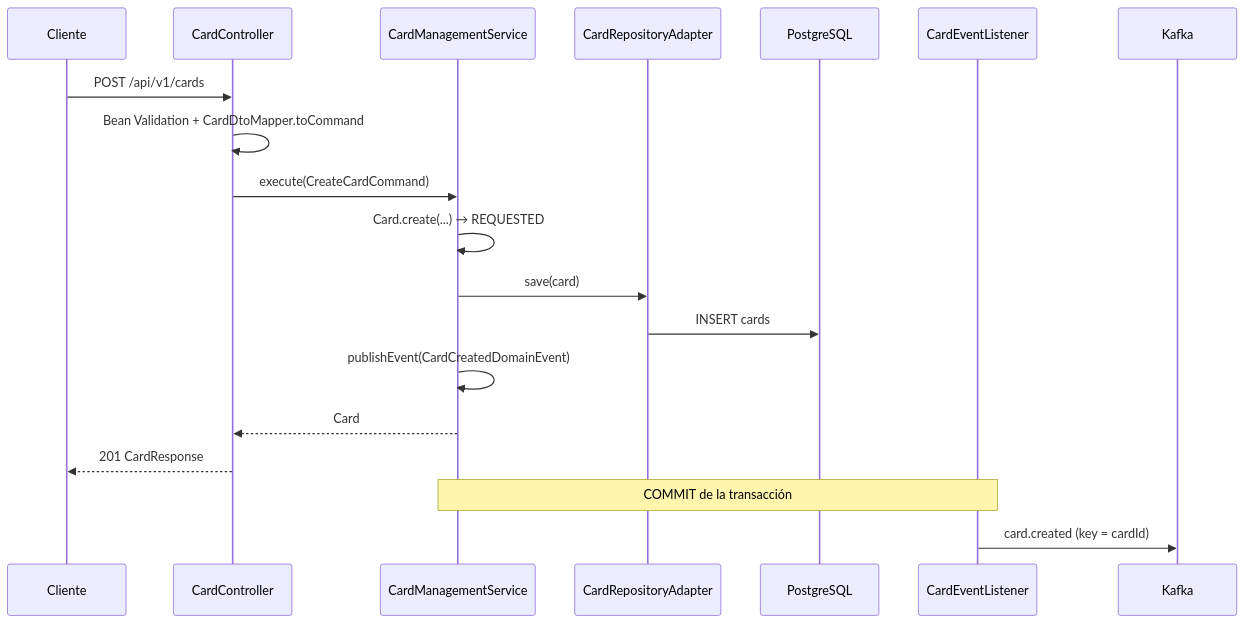
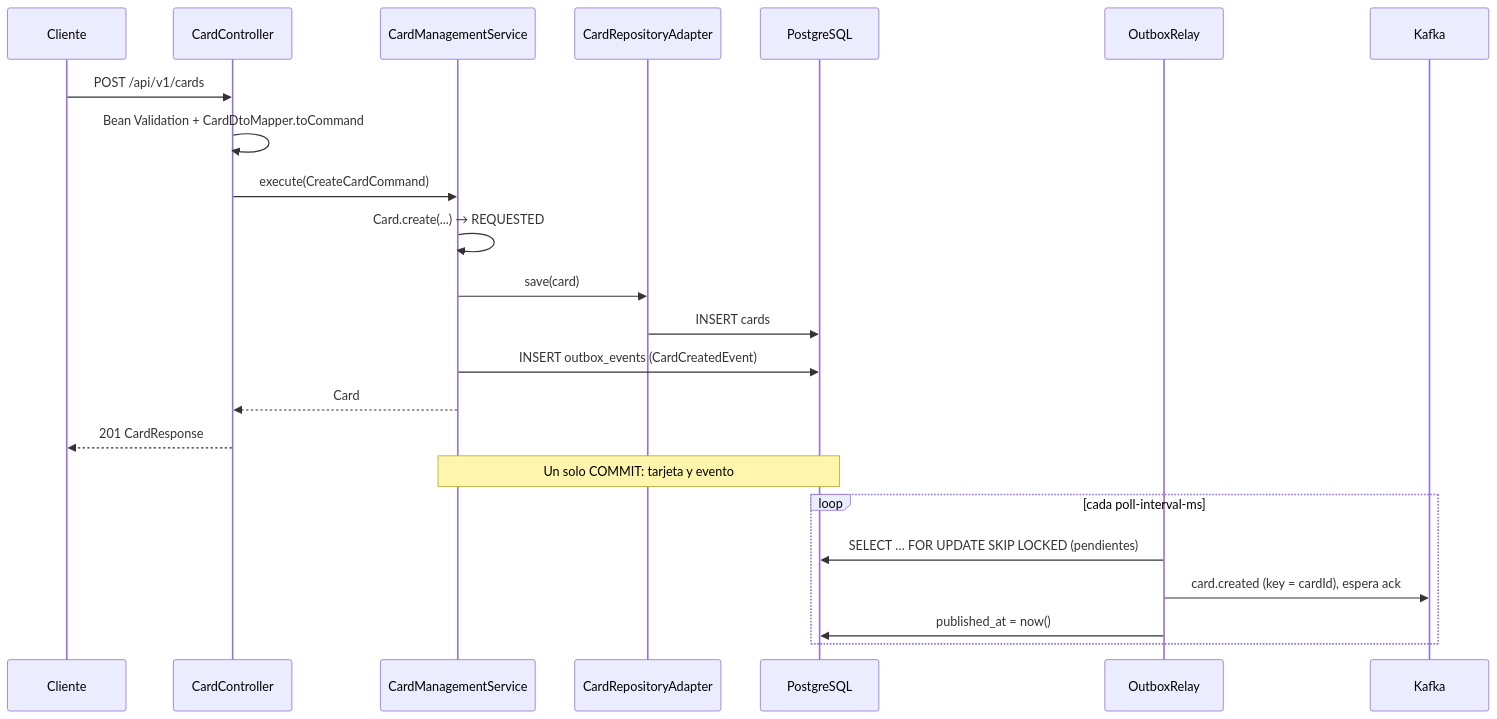
Before and after one commit to creditcard-managment/card-managment-service: the third of 3 diagrams in docs/technical/DATA.md, drawn with Mermaid. The commit also changed other lines of this file and 13 other files, not shown here.

Commit message:
fix card-data outbox

````diff
--- a/docs/technical/DATA.md
+++ b/docs/technical/DATA.md
@@ -321,22 +330,26 @@
 ```mermaid
 sequenceDiagram
     participant C as Cliente
     participant API as CardController
     participant S as CardManagementService
     participant R as CardRepositoryAdapter
     participant DB as PostgreSQL
-    participant L as CardEventListener
+    participant O as OutboxRelay
     participant K as Kafka
 
     C->>API: POST /api/v1/cards
     API->>API: Bean Validation + CardDtoMapper.toCommand
     API->>S: execute(CreateCardCommand)
     S->>S: Card.create(...) → REQUESTED
     S->>R: save(card)
     R->>DB: INSERT cards
-    S->>S: publishEvent(CardCreatedDomainEvent)
+    S->>DB: INSERT outbox_events (CardCreatedEvent)
     S-->>API: Card
     API-->>C: 201 CardResponse
-    Note over S,L: COMMIT de la transacción
-    L->>K: card.created (key = cardId)
+    Note over S,DB: Un solo COMMIT: tarjeta y evento
+    loop cada poll-interval-ms
+        O->>DB: SELECT … FOR UPDATE SKIP LOCKED (pendientes)
+        O->>K: card.created (key = cardId), espera ack
+        O->>DB: published_at = now()
+    end
 ```
````
